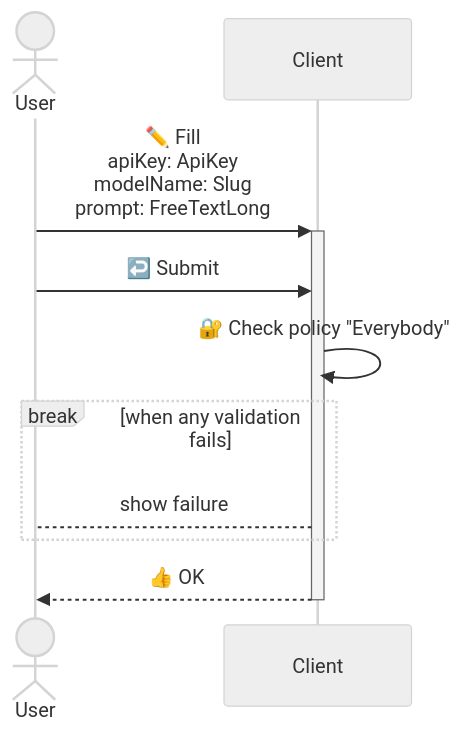
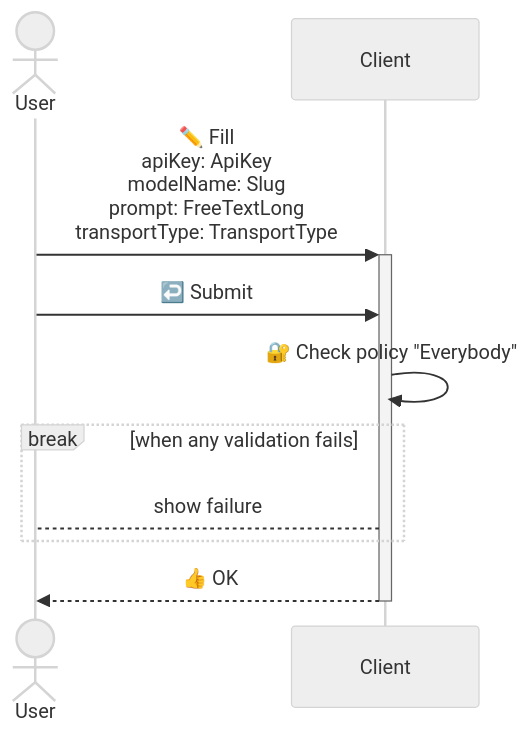
The fourth of 4 diagrams in examples/standalone/src/apps/Toolbox/README.md (c100k/libmodulor), drawn with Mermaid (neutral theme) before and after one commit. The commit also changed other lines of this file and 33 other files, not shown here.

````diff
--- a/examples/standalone/src/apps/Toolbox/README.md
+++ b/examples/standalone/src/apps/Toolbox/README.md
@@ -55,11 +55,11 @@
 ```mermaid
 sequenceDiagram
     actor User
-    User->>+Client: ✏️ Fill<br/>apiKey: ApiKey<br/>modelName: Slug<br/>prompt: FreeTextLong
+    User->>+Client: ✏️ Fill<br/>apiKey: ApiKey<br/>modelName: Slug<br/>prompt: FreeTextLong<br/>transportType: TransportType
     User->>Client: ↩️ Submit
     Client->>Client: 🔐 Check policy "Everybody"
     break when any validation fails
         Client-->User: show failure
     end
     Client-->>-User: 👍 OK
 ```
````
